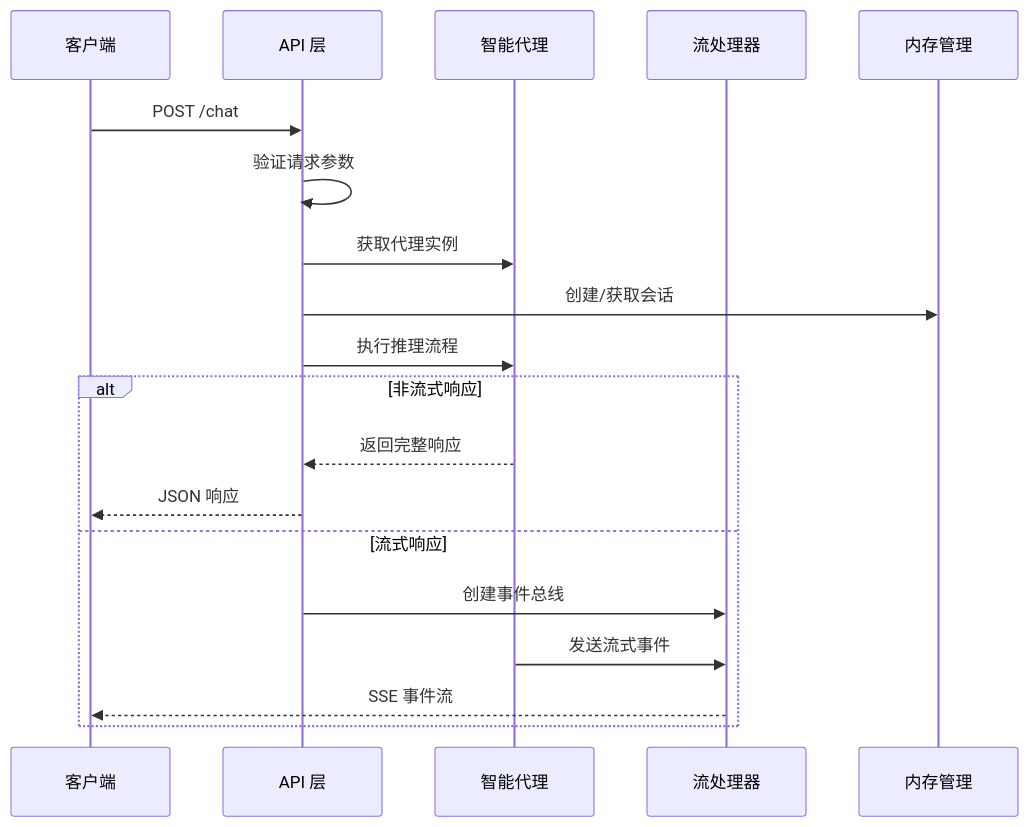
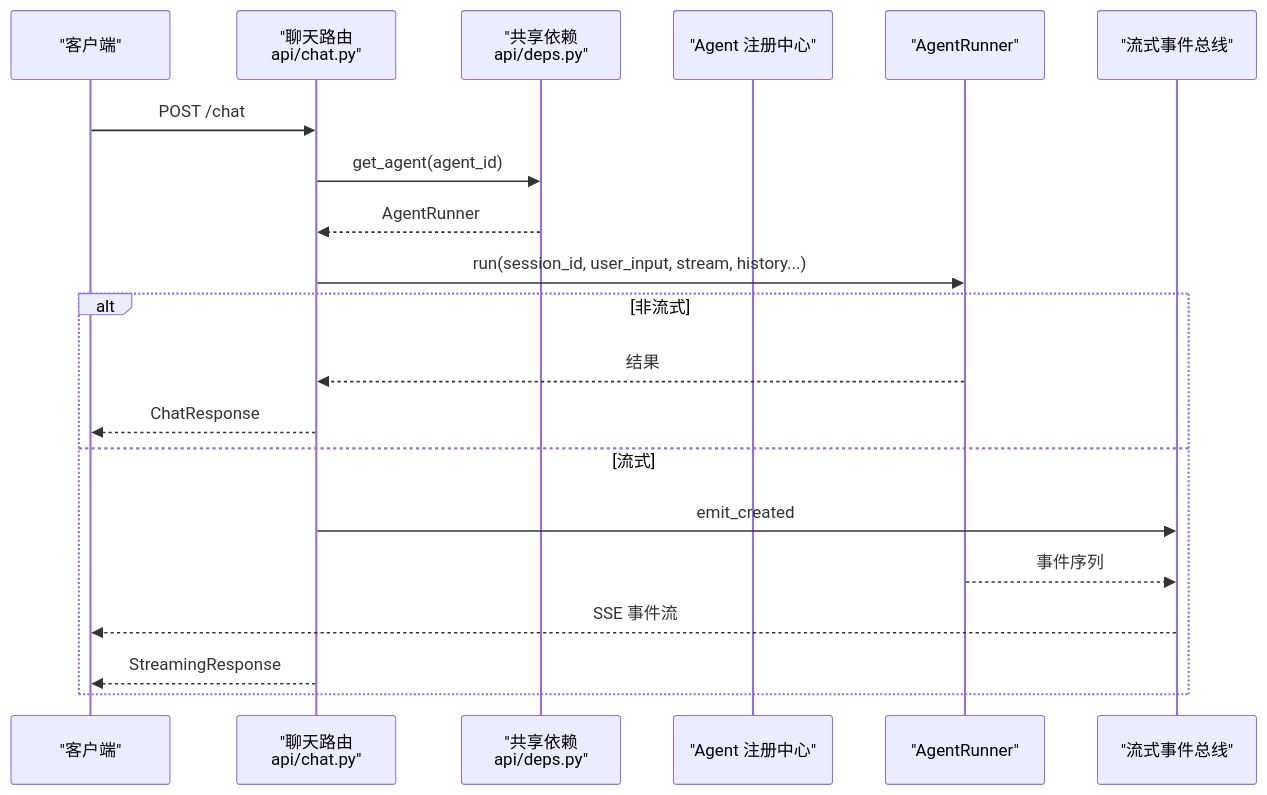
Before and after one commit to YU-JI-KUI/ark-agentic: the third of 7 diagrams in repowiki/zh/content/API 接口文档/维基系统 API.md, drawn with Mermaid. The commit also changed other lines of this file and 5 other files, not shown here.

````diff
--- a/repowiki/zh/content/API 接口文档/维基系统 API.md
+++ b/repowiki/zh/content/API 接口文档/维基系统 API.md
@@ -123,21 +155,22 @@
 ```mermaid
 sequenceDiagram
-participant Client as 客户端
-participant API as API 层
-participant Agent as 智能代理
-participant Stream as 流处理器
-participant Memory as 内存管理
-Client->>API : POST /chat
-API->>API : 验证请求参数
-API->>Agent : 获取代理实例
-API->>Memory : 创建/获取会话
-API->>Agent : 执行推理流程
-alt 非流式响应
-Agent-->>API : 返回完整响应
-API-->>Client : JSON 响应
-else 流式响应
-API->>Stream : 创建事件总线
-Agent->>Stream : 发送流式事件
-Stream-->>Client : SSE 事件流
+participant C as "客户端"
+participant R as "聊天路由<br/>api/chat.py"
+participant D as "共享依赖<br/>api/deps.py"
+participant G as "Agent 注册中心"
+participant U as "AgentRunner"
+participant S as "流式事件总线"
+C->>R : POST /chat
+R->>D : get_agent(agent_id)
+D-->>R : AgentRunner
+R->>U : run(session_id, user_input, stream, history...)
+alt 非流式
+U-->>R : 结果
+R-->>C : ChatResponse
+else 流式
+R->>S : emit_created
+U-->>S : 事件序列
+S-->>C : SSE 事件流
+R-->>C : StreamingResponse
 end
 ```
````
